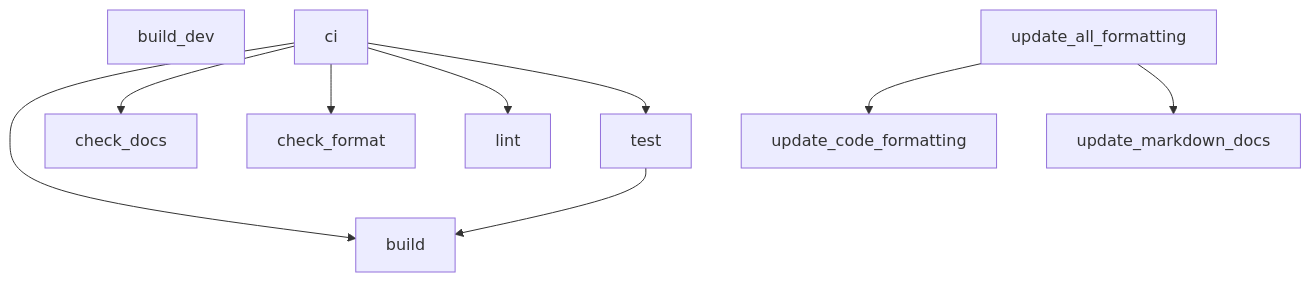
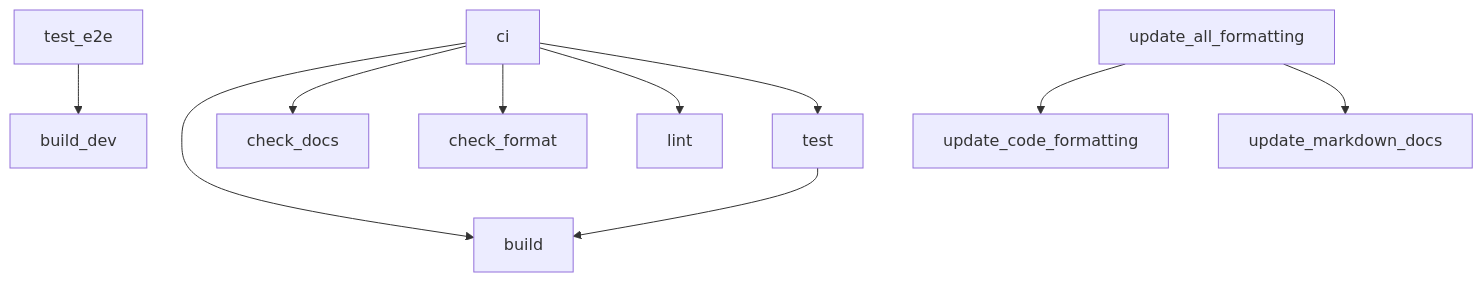
Before and after one commit to datalackey/fill-form-bookmarklet: the third of 3 diagrams in README.md, drawn with Mermaid. The commit also changed other lines of this file, not shown here.

````diff
--- a/README.md
+++ b/README.md
@@ -189,23 +196,25 @@
 ```mermaid
 graph TD
 
   build
   build_dev
   check_docs
   check_format
   ci
   lint
   test
+  test_e2e
   update_all_formatting
   update_code_formatting
   update_markdown_docs
 
   ci --> build
   ci --> check_docs
   ci --> check_format
   ci --> lint
   ci --> test
   test --> build
+  test_e2e --> build_dev
   update_all_formatting --> update_code_formatting
   update_all_formatting --> update_markdown_docs
 ```
````
